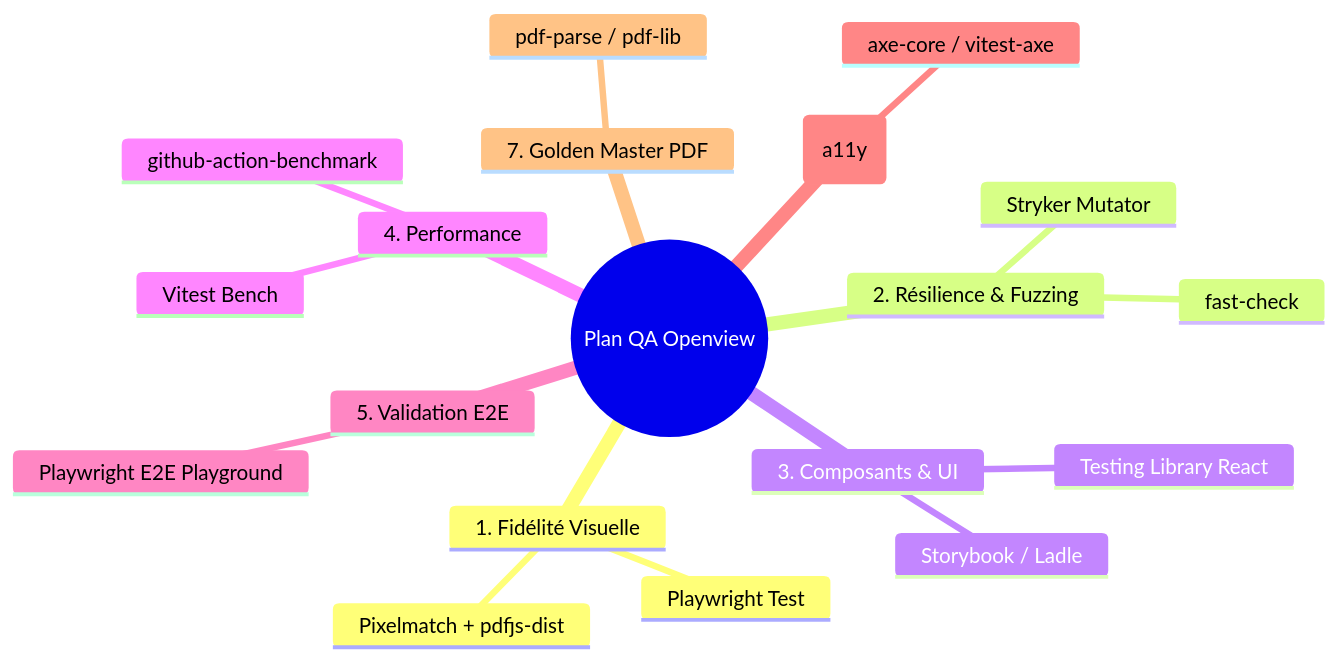
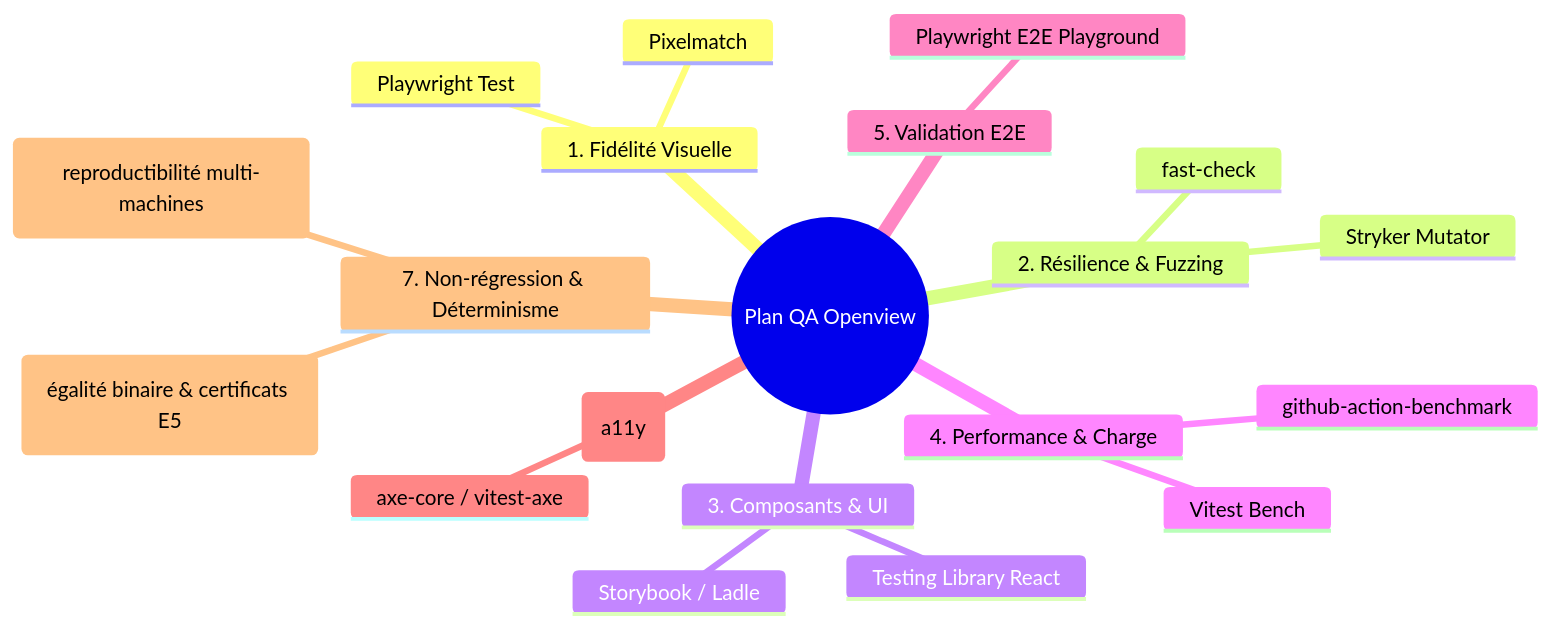
Before and after one commit to PatayEnCroute/Openview: the diagram in docs/qa/README.md, drawn with Mermaid. The commit also changed other lines of this file and 4 other files, not shown here.

````diff
--- a/docs/qa/README.md
+++ b/docs/qa/README.md
@@ -39,22 +44,23 @@
 ```mermaid
 mindmap
   root((Plan QA Openview))
     1. Fidélité Visuelle
       Playwright Test
-      Pixelmatch + pdfjs-dist
+      Pixelmatch
     2. Résilience & Fuzzing
       fast-check
       Stryker Mutator
     3. Composants & UI
       Testing Library React
       Storybook / Ladle
-    4. Performance
+    4. Performance & Charge
       Vitest Bench
       github-action-benchmark
     5. Validation E2E
       Playwright E2E Playground
     6. Accessibilité (a11y)
       axe-core / vitest-axe
-    7. Golden Master PDF
-      pdf-parse / pdf-lib
+    7. Non-régression & Déterminisme
+      pdf-lib (égalité binaire & certificats E5)
+      Profil E6 (reproductibilité multi-machines)
 ```
````
